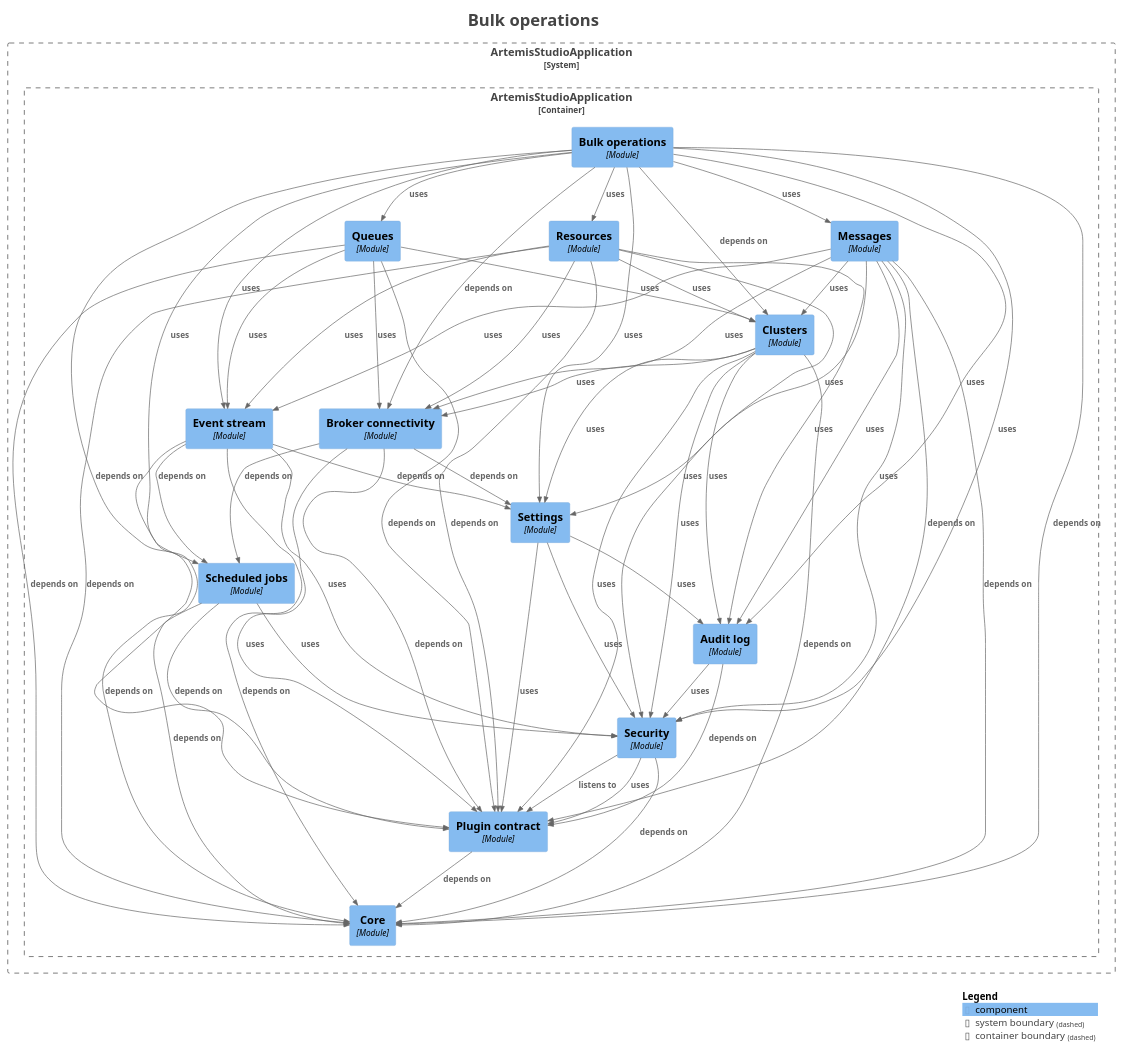
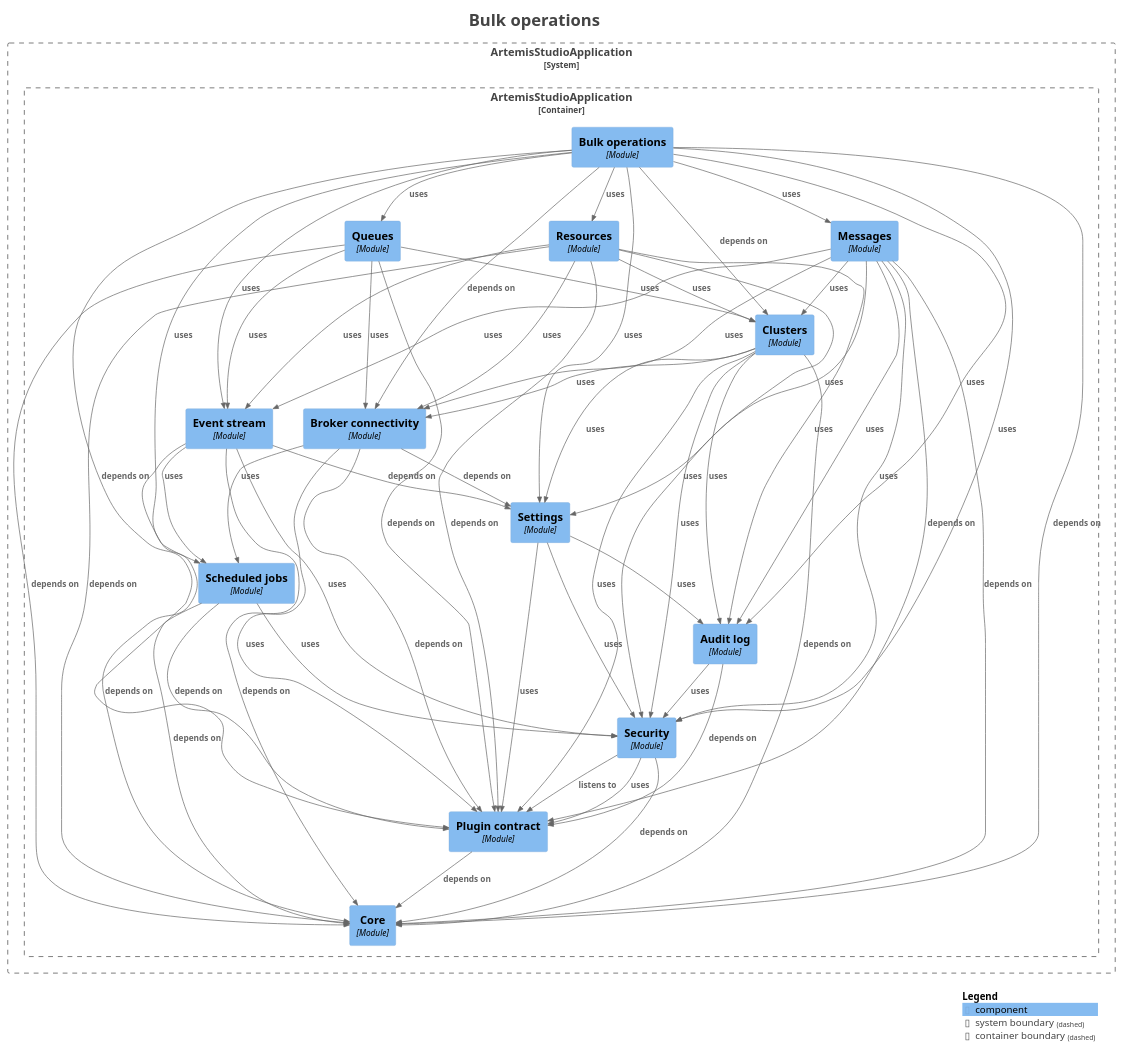
Before and after one commit to sudoitir/artemis-studio: the diagram in docs/modules/module-feature.bulk.puml, drawn with PlantUML. The commit also changed 59 other files, not shown here.

```diff
--- a/docs/modules/module-feature.bulk.puml
+++ b/docs/modules/module-feature.bulk.puml
@@ -1,99 +1,99 @@
 @startuml
 title <size:24>Bulk operations</size>
 
 set separator none
 top to bottom direction
 
 <style>
   root {
     BackgroundColor: #ffffff
     FontColor: #444444
   }
 </style>
 
 !include <C4/C4>
 !include <C4/C4_Context>
 !include <C4/C4_Component>
 
 System_Boundary("ArtemisStudioApplication_boundary", "ArtemisStudioApplication", $tags="") {
   Container_Boundary("ArtemisStudioApplication.ArtemisStudioApplication_boundary", "ArtemisStudioApplication", $tags="") {
     Component(ArtemisStudioApplication.ArtemisStudioApplication.Settings, "Settings", $techn="Module", $descr="", $tags="", $link="")
     Component(ArtemisStudioApplication.ArtemisStudioApplication.Eventstream, "Event stream", $techn="Module", $descr="", $tags="", $link="")
     Component(ArtemisStudioApplication.ArtemisStudioApplication.Brokerconnectivity, "Broker connectivity", $techn="Module", $descr="", $tags="", $link="")
     Component(ArtemisStudioApplication.ArtemisStudioApplication.Clusters, "Clusters", $techn="Module", $descr="", $tags="", $link="")
     Component(ArtemisStudioApplication.ArtemisStudioApplication.Messages, "Messages", $techn="Module", $descr="", $tags="", $link="")
     Component(ArtemisStudioApplication.ArtemisStudioApplication.Queues, "Queues", $techn="Module", $descr="", $tags="", $link="")
     Component(ArtemisStudioApplication.ArtemisStudioApplication.Resources, "Resources", $techn="Module", $descr="", $tags="", $link="")
     Component(ArtemisStudioApplication.ArtemisStudioApplication.Bulkoperations, "Bulk operations", $techn="Module", $descr="", $tags="", $link="")
     Component(ArtemisStudioApplication.ArtemisStudioApplication.Core, "Core", $techn="Module", $descr="", $tags="", $link="")
     Component(ArtemisStudioApplication.ArtemisStudioApplication.Plugincontract, "Plugin contract", $techn="Module", $descr="", $tags="", $link="")
     Component(ArtemisStudioApplication.ArtemisStudioApplication.Security, "Security", $techn="Module", $descr="", $tags="", $link="")
     Component(ArtemisStudioApplication.ArtemisStudioApplication.Auditlog, "Audit log", $techn="Module", $descr="", $tags="", $link="")
     Component(ArtemisStudioApplication.ArtemisStudioApplication.Scheduledjobs, "Scheduled jobs", $techn="Module", $descr="", $tags="", $link="")
   }
 
 }
 
 Rel(ArtemisStudioApplication.ArtemisStudioApplication.Auditlog, ArtemisStudioApplication.ArtemisStudioApplication.Plugincontract, "depends on", $techn="", $tags="", $link="")
 Rel(ArtemisStudioApplication.ArtemisStudioApplication.Auditlog, ArtemisStudioApplication.ArtemisStudioApplication.Security, "uses", $techn="", $tags="", $link="")
 Rel(ArtemisStudioApplication.ArtemisStudioApplication.Brokerconnectivity, ArtemisStudioApplication.ArtemisStudioApplication.Core, "depends on", $techn="", $tags="", $link="")
 Rel(ArtemisStudioApplication.ArtemisStudioApplication.Brokerconnectivity, ArtemisStudioApplication.ArtemisStudioApplication.Plugincontract, "depends on", $techn="", $tags="", $link="")
-Rel(ArtemisStudioApplication.ArtemisStudioApplication.Brokerconnectivity, ArtemisStudioApplication.ArtemisStudioApplication.Scheduledjobs, "depends on", $techn="", $tags="", $link="")
+Rel(ArtemisStudioApplication.ArtemisStudioApplication.Brokerconnectivity, ArtemisStudioApplication.ArtemisStudioApplication.Scheduledjobs, "uses", $techn="", $tags="", $link="")
 Rel(ArtemisStudioApplication.ArtemisStudioApplication.Brokerconnectivity, ArtemisStudioApplication.ArtemisStudioApplication.Settings, "depends on", $techn="", $tags="", $link="")
 Rel(ArtemisStudioApplication.ArtemisStudioApplication.Bulkoperations, ArtemisStudioApplication.ArtemisStudioApplication.Auditlog, "uses", $techn="", $tags="", $link="")
 Rel(ArtemisStudioApplication.ArtemisStudioApplication.Bulkoperations, ArtemisStudioApplication.ArtemisStudioApplication.Brokerconnectivity, "depends on", $techn="", $tags="", $link="")
 Rel(ArtemisStudioApplication.ArtemisStudioApplication.Bulkoperations, ArtemisStudioApplication.ArtemisStudioApplication.Clusters, "depends on", $techn="", $tags="", $link="")
 Rel(ArtemisStudioApplication.ArtemisStudioApplication.Bulkoperations, ArtemisStudioApplication.ArtemisStudioApplication.Core, "depends on", $techn="", $tags="", $link="")
 Rel(ArtemisStudioApplication.ArtemisStudioApplication.Bulkoperations, ArtemisStudioApplication.ArtemisStudioApplication.Eventstream, "uses", $techn="", $tags="", $link="")
 Rel(ArtemisStudioApplication.ArtemisStudioApplication.Bulkoperations, ArtemisStudioApplication.ArtemisStudioApplication.Messages, "uses", $techn="", $tags="", $link="")
 Rel(ArtemisStudioApplication.ArtemisStudioApplication.Bulkoperations, ArtemisStudioApplication.ArtemisStudioApplication.Plugincontract, "depends on", $techn="", $tags="", $link="")
 Rel(ArtemisStudioApplication.ArtemisStudioApplication.Bulkoperations, ArtemisStudioApplication.ArtemisStudioApplication.Queues, "uses", $techn="", $tags="", $link="")
 Rel(ArtemisStudioApplication.ArtemisStudioApplication.Bulkoperations, ArtemisStudioApplication.ArtemisStudioApplication.Resources, "uses", $techn="", $tags="", $link="")
 Rel(ArtemisStudioApplication.ArtemisStudioApplication.Bulkoperations, ArtemisStudioApplication.ArtemisStudioApplication.Scheduledjobs, "uses", $techn="", $tags="", $link="")
 Rel(ArtemisStudioApplication.ArtemisStudioApplication.Bulkoperations, ArtemisStudioApplication.ArtemisStudioApplication.Security, "uses", $techn="", $tags="", $link="")
 Rel(ArtemisStudioApplication.ArtemisStudioApplication.Bulkoperations, ArtemisStudioApplication.ArtemisStudioApplication.Settings, "uses", $techn="", $tags="", $link="")
 Rel(ArtemisStudioApplication.ArtemisStudioApplication.Clusters, ArtemisStudioApplication.ArtemisStudioApplication.Auditlog, "uses", $techn="", $tags="", $link="")
 Rel(ArtemisStudioApplication.ArtemisStudioApplication.Clusters, ArtemisStudioApplication.ArtemisStudioApplication.Brokerconnectivity, "uses", $techn="", $tags="", $link="")
 Rel(ArtemisStudioApplication.ArtemisStudioApplication.Clusters, ArtemisStudioApplication.ArtemisStudioApplication.Core, "depends on", $techn="", $tags="", $link="")
 Rel(ArtemisStudioApplication.ArtemisStudioApplication.Clusters, ArtemisStudioApplication.ArtemisStudioApplication.Plugincontract, "uses", $techn="", $tags="", $link="")
 Rel(ArtemisStudioApplication.ArtemisStudioApplication.Clusters, ArtemisStudioApplication.ArtemisStudioApplication.Security, "uses", $techn="", $tags="", $link="")
 Rel(ArtemisStudioApplication.ArtemisStudioApplication.Clusters, ArtemisStudioApplication.ArtemisStudioApplication.Settings, "uses", $techn="", $tags="", $link="")
 Rel(ArtemisStudioApplication.ArtemisStudioApplication.Eventstream, ArtemisStudioApplication.ArtemisStudioApplication.Core, "depends on", $techn="", $tags="", $link="")
 Rel(ArtemisStudioApplication.ArtemisStudioApplication.Eventstream, ArtemisStudioApplication.ArtemisStudioApplication.Plugincontract, "uses", $techn="", $tags="", $link="")
-Rel(ArtemisStudioApplication.ArtemisStudioApplication.Eventstream, ArtemisStudioApplication.ArtemisStudioApplication.Scheduledjobs, "depends on", $techn="", $tags="", $link="")
+Rel(ArtemisStudioApplication.ArtemisStudioApplication.Eventstream, ArtemisStudioApplication.ArtemisStudioApplication.Scheduledjobs, "uses", $techn="", $tags="", $link="")
 Rel(ArtemisStudioApplication.ArtemisStudioApplication.Eventstream, ArtemisStudioApplication.ArtemisStudioApplication.Security, "uses", $techn="", $tags="", $link="")
 Rel(ArtemisStudioApplication.ArtemisStudioApplication.Eventstream, ArtemisStudioApplication.ArtemisStudioApplication.Settings, "depends on", $techn="", $tags="", $link="")
 Rel(ArtemisStudioApplication.ArtemisStudioApplication.Messages, ArtemisStudioApplication.ArtemisStudioApplication.Auditlog, "uses", $techn="", $tags="", $link="")
 Rel(ArtemisStudioApplication.ArtemisStudioApplication.Messages, ArtemisStudioApplication.ArtemisStudioApplication.Brokerconnectivity, "uses", $techn="", $tags="", $link="")
 Rel(ArtemisStudioApplication.ArtemisStudioApplication.Messages, ArtemisStudioApplication.ArtemisStudioApplication.Clusters, "uses", $techn="", $tags="", $link="")
 Rel(ArtemisStudioApplication.ArtemisStudioApplication.Messages, ArtemisStudioApplication.ArtemisStudioApplication.Core, "depends on", $techn="", $tags="", $link="")
 Rel(ArtemisStudioApplication.ArtemisStudioApplication.Messages, ArtemisStudioApplication.ArtemisStudioApplication.Eventstream, "uses", $techn="", $tags="", $link="")
 Rel(ArtemisStudioApplication.ArtemisStudioApplication.Messages, ArtemisStudioApplication.ArtemisStudioApplication.Plugincontract, "depends on", $techn="", $tags="", $link="")
 Rel(ArtemisStudioApplication.ArtemisStudioApplication.Messages, ArtemisStudioApplication.ArtemisStudioApplication.Security, "uses", $techn="", $tags="", $link="")
 Rel(ArtemisStudioApplication.ArtemisStudioApplication.Messages, ArtemisStudioApplication.ArtemisStudioApplication.Settings, "uses", $techn="", $tags="", $link="")
 Rel(ArtemisStudioApplication.ArtemisStudioApplication.Plugincontract, ArtemisStudioApplication.ArtemisStudioApplication.Core, "depends on", $techn="", $tags="", $link="")
 Rel(ArtemisStudioApplication.ArtemisStudioApplication.Queues, ArtemisStudioApplication.ArtemisStudioApplication.Brokerconnectivity, "uses", $techn="", $tags="", $link="")
 Rel(ArtemisStudioApplication.ArtemisStudioApplication.Queues, ArtemisStudioApplication.ArtemisStudioApplication.Clusters, "uses", $techn="", $tags="", $link="")
 Rel(ArtemisStudioApplication.ArtemisStudioApplication.Queues, ArtemisStudioApplication.ArtemisStudioApplication.Core, "depends on", $techn="", $tags="", $link="")
 Rel(ArtemisStudioApplication.ArtemisStudioApplication.Queues, ArtemisStudioApplication.ArtemisStudioApplication.Eventstream, "uses", $techn="", $tags="", $link="")
 Rel(ArtemisStudioApplication.ArtemisStudioApplication.Queues, ArtemisStudioApplication.ArtemisStudioApplication.Plugincontract, "depends on", $techn="", $tags="", $link="")
 Rel(ArtemisStudioApplication.ArtemisStudioApplication.Resources, ArtemisStudioApplication.ArtemisStudioApplication.Auditlog, "uses", $techn="", $tags="", $link="")
 Rel(ArtemisStudioApplication.ArtemisStudioApplication.Resources, ArtemisStudioApplication.ArtemisStudioApplication.Brokerconnectivity, "uses", $techn="", $tags="", $link="")
 Rel(ArtemisStudioApplication.ArtemisStudioApplication.Resources, ArtemisStudioApplication.ArtemisStudioApplication.Clusters, "uses", $techn="", $tags="", $link="")
 Rel(ArtemisStudioApplication.ArtemisStudioApplication.Resources, ArtemisStudioApplication.ArtemisStudioApplication.Core, "depends on", $techn="", $tags="", $link="")
 Rel(ArtemisStudioApplication.ArtemisStudioApplication.Resources, ArtemisStudioApplication.ArtemisStudioApplication.Eventstream, "uses", $techn="", $tags="", $link="")
 Rel(ArtemisStudioApplication.ArtemisStudioApplication.Resources, ArtemisStudioApplication.ArtemisStudioApplication.Plugincontract, "depends on", $techn="", $tags="", $link="")
 Rel(ArtemisStudioApplication.ArtemisStudioApplication.Resources, ArtemisStudioApplication.ArtemisStudioApplication.Security, "uses", $techn="", $tags="", $link="")
 Rel(ArtemisStudioApplication.ArtemisStudioApplication.Scheduledjobs, ArtemisStudioApplication.ArtemisStudioApplication.Core, "depends on", $techn="", $tags="", $link="")
 Rel(ArtemisStudioApplication.ArtemisStudioApplication.Scheduledjobs, ArtemisStudioApplication.ArtemisStudioApplication.Plugincontract, "depends on", $techn="", $tags="", $link="")
 Rel(ArtemisStudioApplication.ArtemisStudioApplication.Scheduledjobs, ArtemisStudioApplication.ArtemisStudioApplication.Security, "uses", $techn="", $tags="", $link="")
 Rel(ArtemisStudioApplication.ArtemisStudioApplication.Security, ArtemisStudioApplication.ArtemisStudioApplication.Core, "depends on", $techn="", $tags="", $link="")
 Rel(ArtemisStudioApplication.ArtemisStudioApplication.Security, ArtemisStudioApplication.ArtemisStudioApplication.Plugincontract, "listens to", $techn="", $tags="", $link="")
 Rel(ArtemisStudioApplication.ArtemisStudioApplication.Security, ArtemisStudioApplication.ArtemisStudioApplication.Plugincontract, "uses", $techn="", $tags="", $link="")
 Rel(ArtemisStudioApplication.ArtemisStudioApplication.Settings, ArtemisStudioApplication.ArtemisStudioApplication.Auditlog, "uses", $techn="", $tags="", $link="")
 Rel(ArtemisStudioApplication.ArtemisStudioApplication.Settings, ArtemisStudioApplication.ArtemisStudioApplication.Plugincontract, "uses", $techn="", $tags="", $link="")
 Rel(ArtemisStudioApplication.ArtemisStudioApplication.Settings, ArtemisStudioApplication.ArtemisStudioApplication.Security, "uses", $techn="", $tags="", $link="")
 
 SHOW_LEGEND(true)
 hide stereotypes
 @enduml
```
